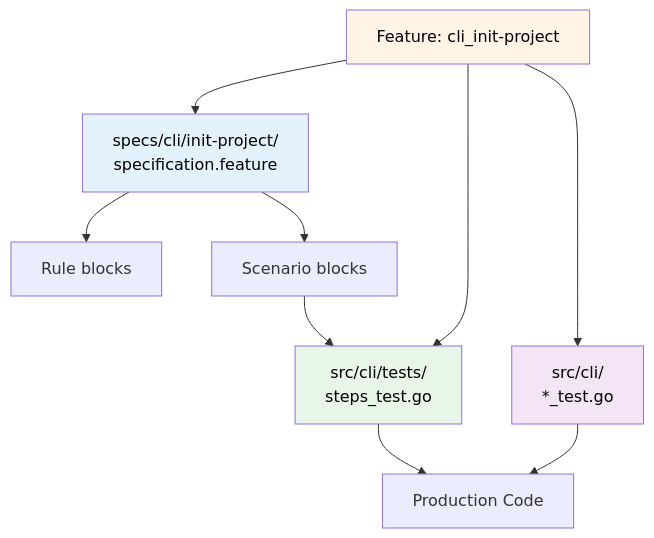
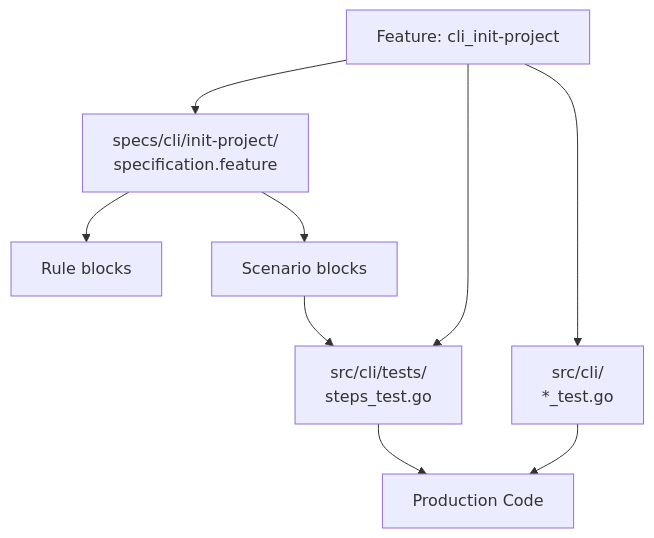
The third of 5 diagrams in docs/explanation/specifications/three-layer-approach.md (ready-to-release/eac), drawn with Mermaid before and after one commit. The commit also changed other lines of this file and 28 other files, not shown here.

````diff
--- a/docs/explanation/specifications/three-layer-approach.md
+++ b/docs/explanation/specifications/three-layer-approach.md
@@ -199,18 +186,14 @@
 ```mermaid
 flowchart TD
     Feature[Feature: cli_init-project] --> Spec[specs/cli/init-project/<br/>specification.feature]
     Feature --> Steps[src/cli/tests/<br/>steps_test.go]
     Feature --> Unit[src/cli/<br/>*_test.go]
 
     Spec --> Rules[Rule blocks]
     Spec --> Scenarios[Scenario blocks]
 
     Scenarios --> Steps
     Steps --> Code[Production Code]
     Unit --> Code
 
-    style Feature fill:#fff4e6,color:#000
-    style Spec fill:#e3f2fd,color:#000
-    style Steps fill:#e8f5e9,color:#000
-    style Unit fill:#f3e5f5,color:#000
 ```
````
